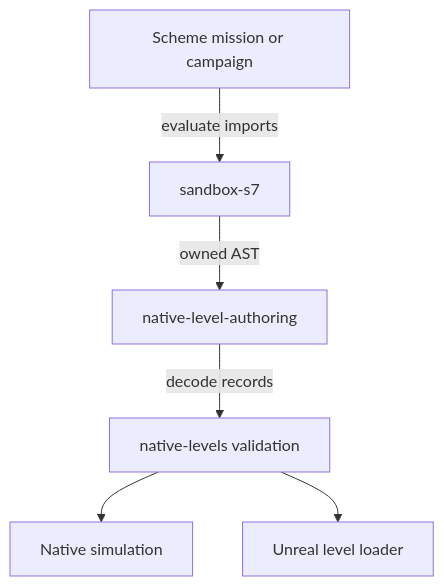
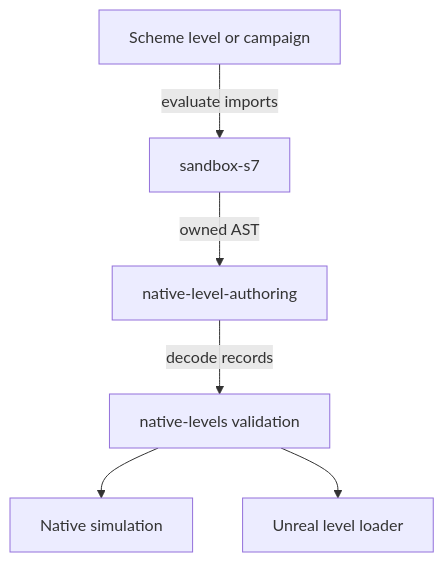
The diagram in native/level_authoring/ARCHITECTURE.md (nukethebees/ue5_sandbox), drawn with Mermaid before and after one commit. The commit also changed other lines of this file and 59 other files, not shown here.

Commit message:
Export authored Scheme levels as level-definition

````diff
--- a/native/level_authoring/ARCHITECTURE.md
+++ b/native/level_authoring/ARCHITECTURE.md
@@ -3,8 +3,8 @@
 ```mermaid
 flowchart TD
-    S[Scheme mission or campaign] -->|evaluate imports| R[sandbox-s7]
+    S[Scheme level or campaign] -->|evaluate imports| R[sandbox-s7]
     R -->|owned AST| A[native-level-authoring]
     A -->|decode records| V[native-levels validation]
     V --> N[Native simulation]
     V --> U[Unreal level loader]
 ```
````
